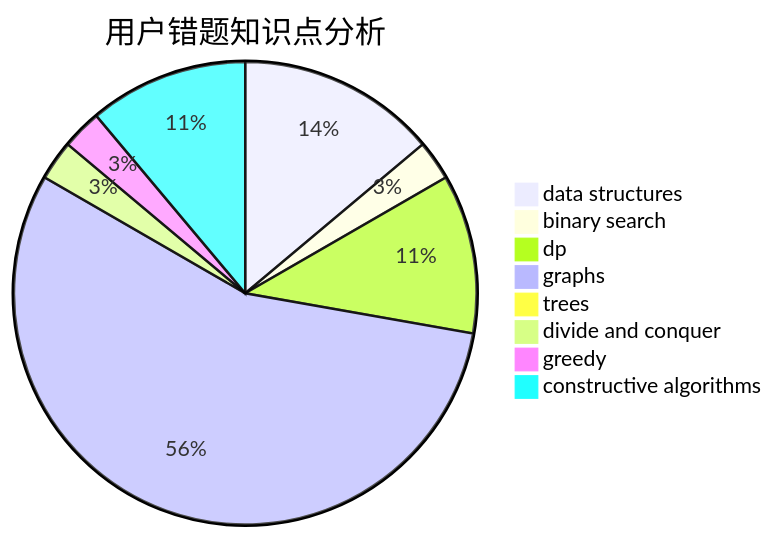
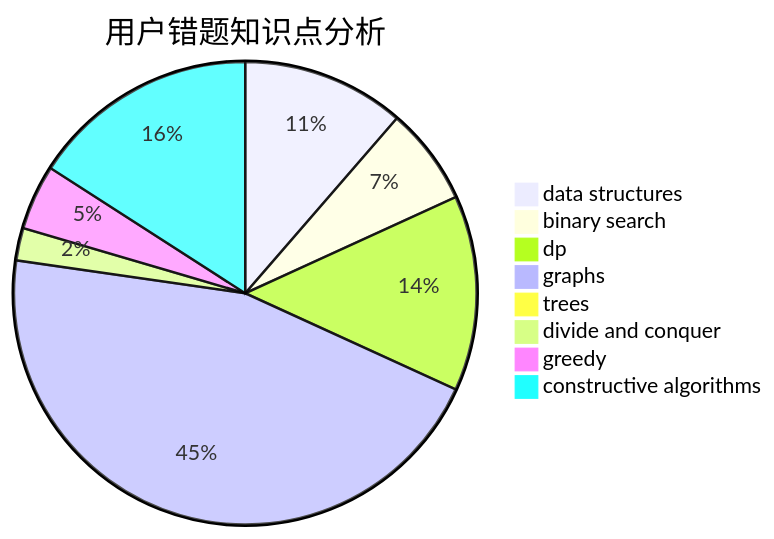
The third of 3 diagrams in docs/user/u656.md (sherpahu/cfrs.github.io), drawn with Mermaid before and after one commit. The commit also changed other lines of this file and 2770 other files, not shown here.

````diff
--- a/docs/user/u656.md
+++ b/docs/user/u656.md
@@ -36,11 +36,11 @@
 ```mermaid
 pie title 用户错题知识点分析
     "data structures" :  5
-    "binary search" :  1
-    "dp" :  4
+    "binary search" :  3
+    "dp" :  6
     "graphs" :  20
     "trees" :  0
     "divide and conquer" :  1
-    "greedy" :  1
-    "constructive algorithms" :  4
+    "greedy" :  2
+    "constructive algorithms" :  7
 ```
````
